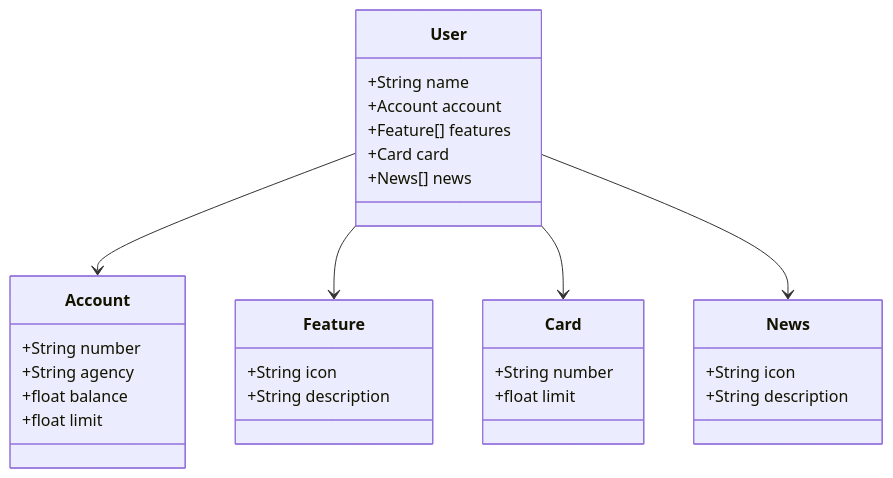
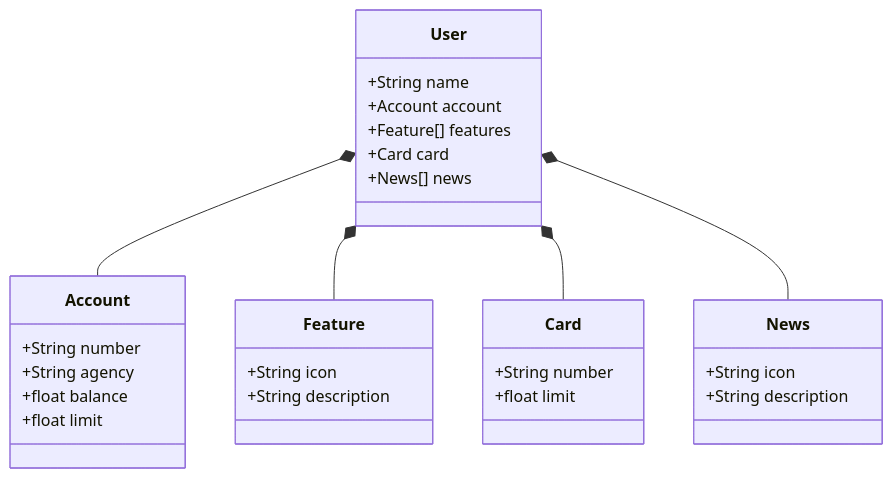
One commit to PedroAbreu97/santander-dev-week-2023 changed the diagram in README.md. Above: the diagram before and after it, drawn with Mermaid.

````diff
--- a/README.md
+++ b/README.md
@@ -5,37 +5,37 @@
 ```mermaid
 classDiagram
     class User {
         +String name
         +Account account
         +Feature[] features
         +Card card
         +News[] news
     }
 
     class Account {
         +String number
         +String agency
         +float balance
         +float limit
     }
 
     class Feature {
         +String icon
         +String description
     }
 
     class Card {
         +String number
         +float limit
     }
 
     class News {
         +String icon
         +String description
     }
 
-    User --> Account
-    User --> Feature
-    User --> Card
-    User --> News
+    User *-- Account
+    User *-- Feature
+    User *-- Card
+    User *-- News
 ```
````
